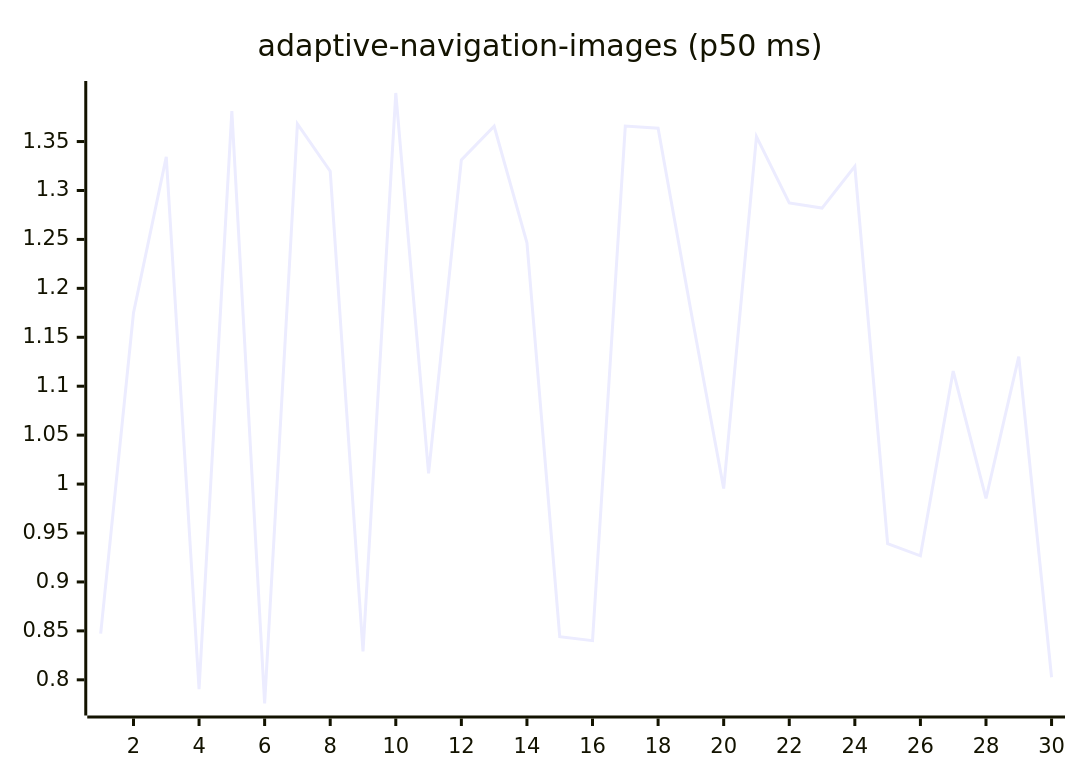
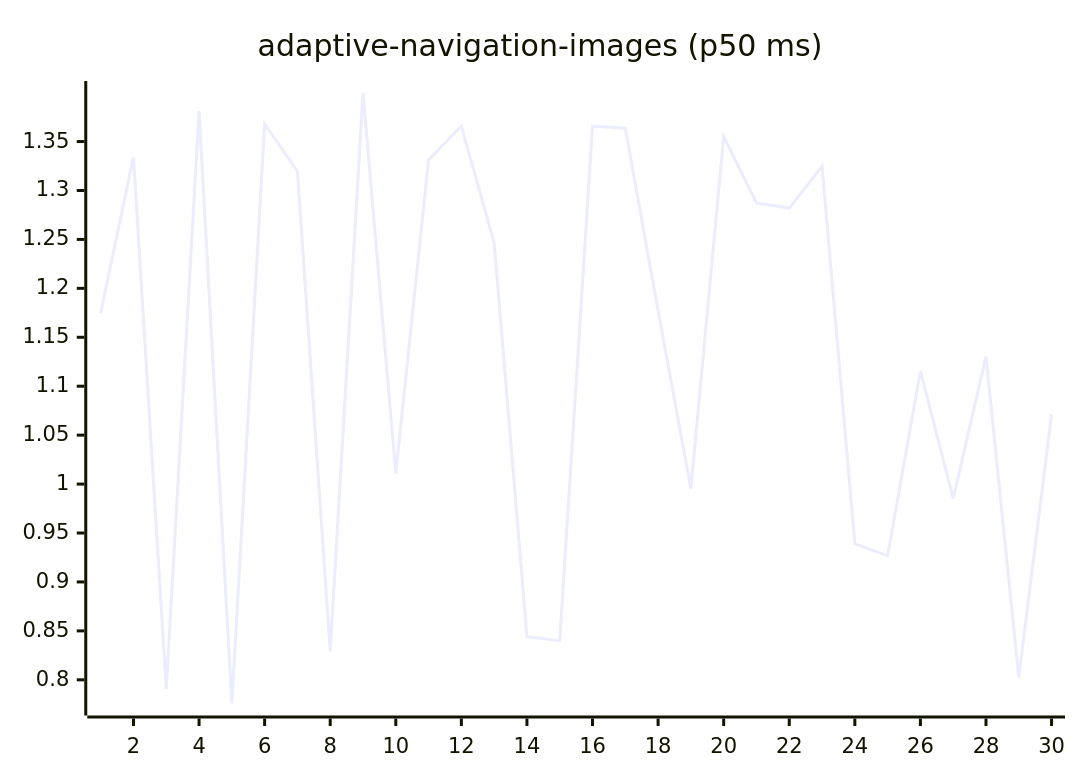
One commit to josha/Facet changed the first of 27 diagrams in README.md. Above: the diagram before and after it, drawn with Mermaid. The commit also changed other lines of this file and 2 other files, not shown here.

````diff
--- a/README.md
+++ b/README.md
@@ -63,6 +63,6 @@
 ```mermaid
 xychart-beta
     title "adaptive-navigation-images (p50 ms)"
     x-axis 1 --> 30
-    line [0.8471, 1.1748, 1.3343, 0.7905, 1.3810, 0.7758, 1.3680, 1.3197, 0.8291, 1.3996, 1.0110, 1.3313, 1.3656, 1.2466, 0.8441, 0.8400, 1.3659, 1.3636, 1.1770, 0.9954, 1.3550, 1.2872, 1.2820, 1.3247, 0.9391, 0.9267, 1.1155, 0.9853, 1.1303, 0.8026]
+    line [1.1748, 1.3343, 0.7905, 1.3810, 0.7758, 1.3680, 1.3197, 0.8291, 1.3996, 1.0110, 1.3313, 1.3656, 1.2466, 0.8441, 0.8400, 1.3659, 1.3636, 1.1770, 0.9954, 1.3550, 1.2872, 1.2820, 1.3247, 0.9391, 0.9267, 1.1155, 0.9853, 1.1303, 0.8026, 1.0713]
 ```
````
